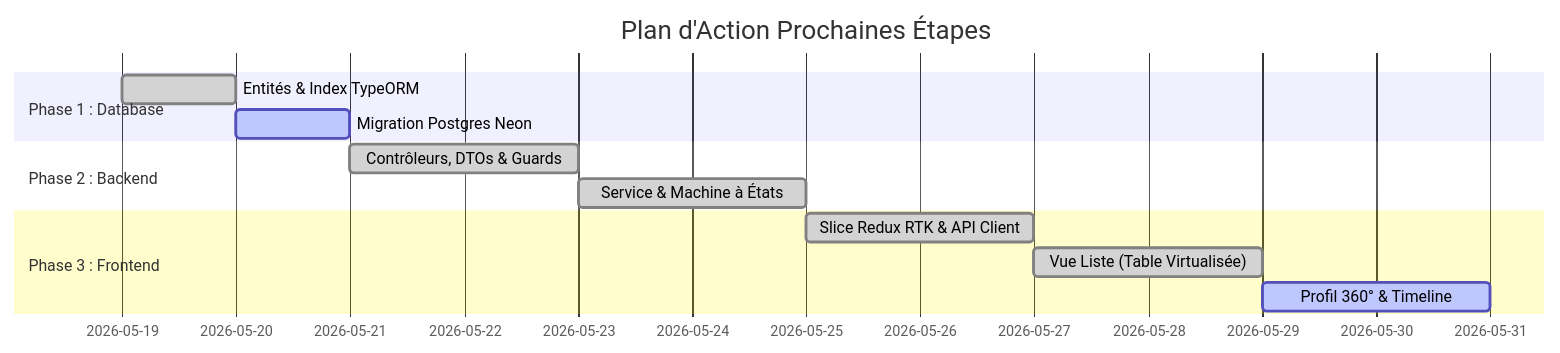
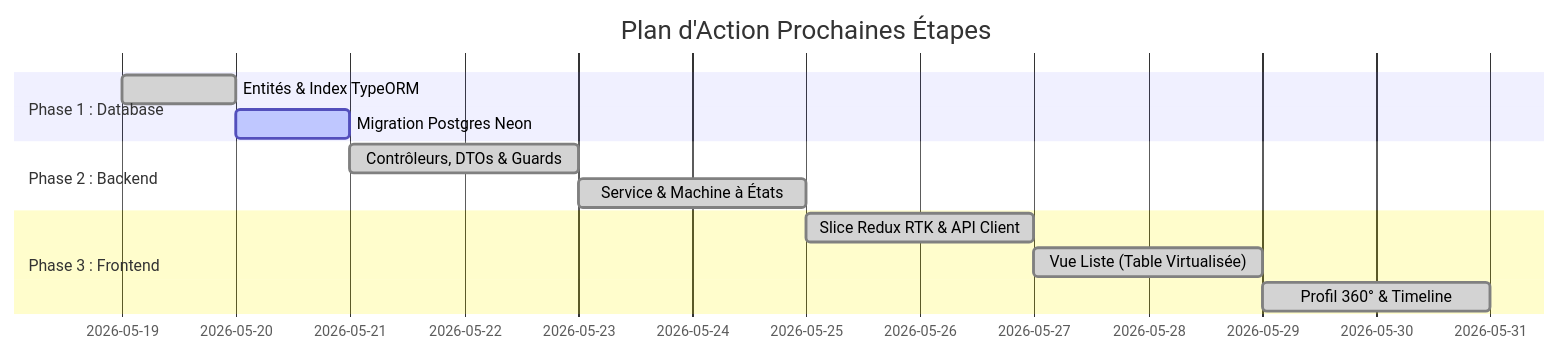
One commit to Lontsi-Hernandez/SIRH changed the diagram in development_tracker.md. Above: the diagram before and after it, drawn with Mermaid. The commit also changed other lines of this file and 1 other file, not shown here.

Commit message:
feat: implement interactive contract history timeline in 360 profile drawer and complete Employee Hub module

````diff
--- a/development_tracker.md
+++ b/development_tracker.md
@@ -47,15 +47,15 @@
 ```mermaid
 gantt
     title Plan d'Action Prochaines Étapes
     dateFormat  YYYY-MM-DD
     section Phase 1 : Database
     Entités & Index TypeORM         :done, db1, 2026-05-19, 1d
     Migration Postgres Neon          :active, db2, after db1, 1d
     section Phase 2 : Backend
     Contrôleurs, DTOs & Guards      :done, be1, after db2, 2d
     Service & Machine à États       :done, be2, after be1, 2d
     section Phase 3 : Frontend
     Slice Redux RTK & API Client    :done, fe1, after be2, 2d
     Vue Liste (Table Virtualisée)   :done, fe2, after fe1, 2d
-    Profil 360° & Timeline          :active, fe3, after fe2, 2d
+    Profil 360° & Timeline          :done, fe3, after fe2, 2d
 ```
````
